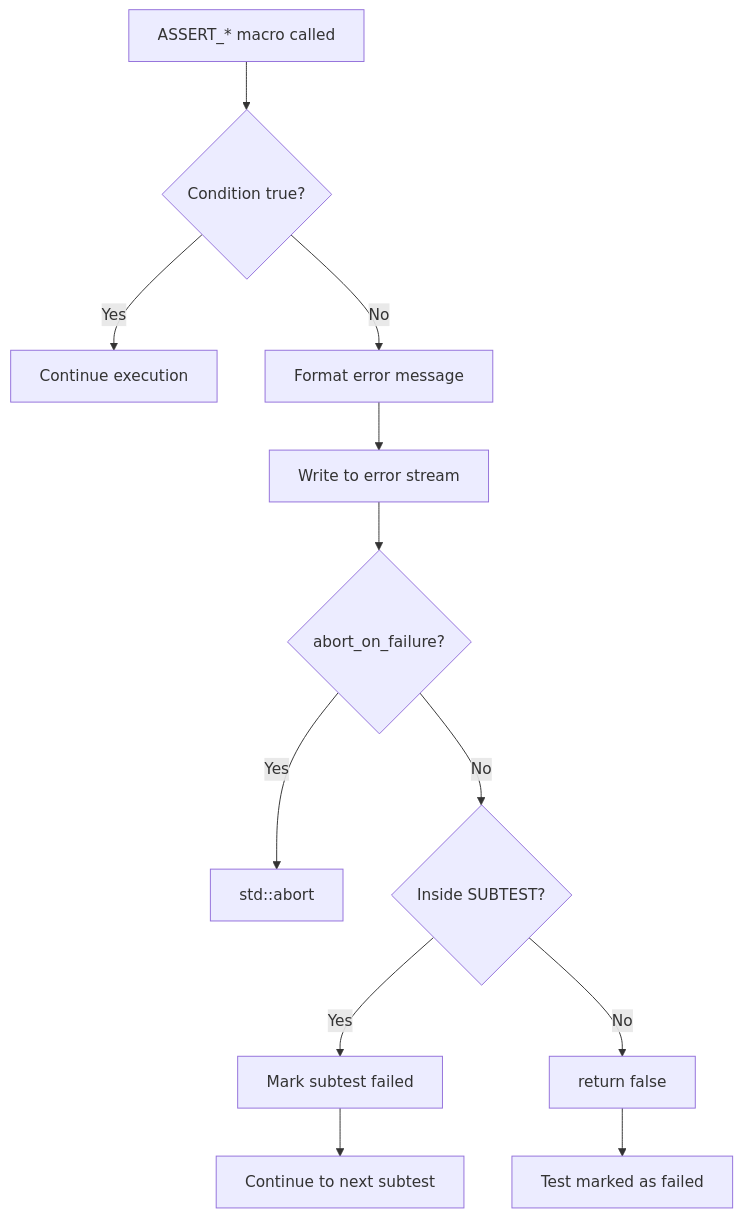
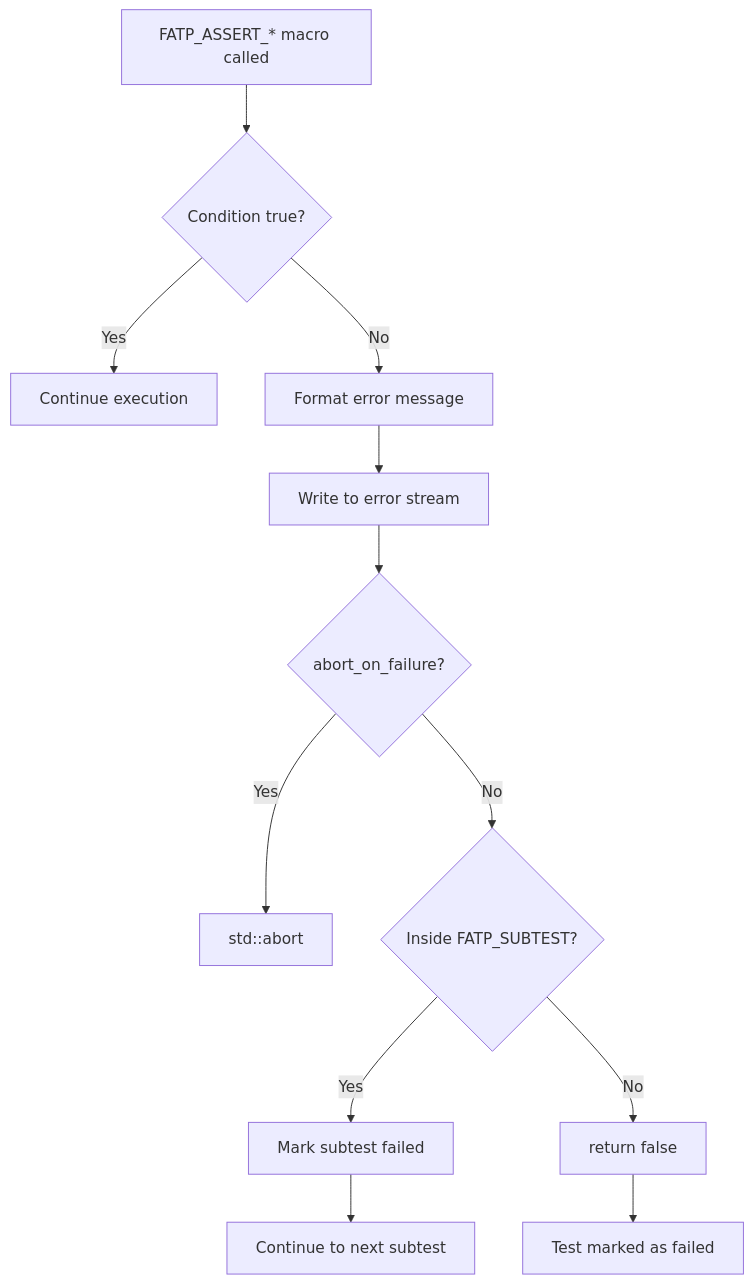
The third of 5 diagrams in components/FatPTest/docs/User Manual - FatPTest.md (schroedermatthew/FatP), drawn with Mermaid before and after one commit. The commit also changed other lines of this file and 103 other files, not shown here.

````diff
--- a/components/FatPTest/docs/User Manual - FatPTest.md
+++ b/components/FatPTest/docs/User Manual - FatPTest.md
@@ -289,14 +289,14 @@
 ```mermaid
 flowchart TD
-    A[ASSERT_* macro called] --> B{Condition true?}
+    A[FATP_ASSERT_* macro called] --> B{Condition true?}
     B -->|Yes| C[Continue execution]
     B -->|No| D[Format error message]
     D --> E[Write to error stream]
     E --> F{abort_on_failure?}
     F -->|Yes| G[std::abort]
-    F -->|No| H{Inside SUBTEST?}
+    F -->|No| H{Inside FATP_SUBTEST?}
     H -->|Yes| I[Mark subtest failed]
     I --> J[Continue to next subtest]
     H -->|No| K[return false]
     K --> L[Test marked as failed]
 ```
````
